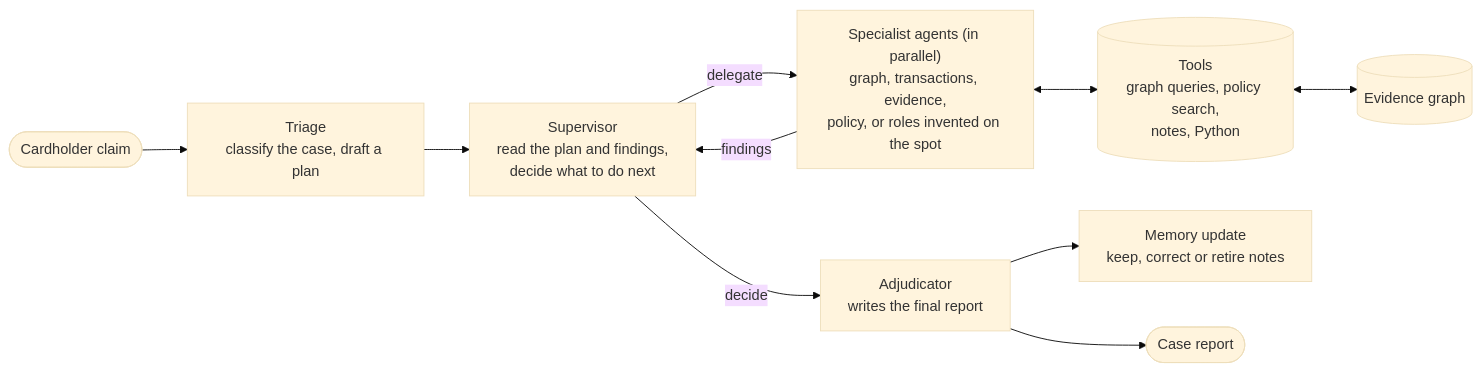
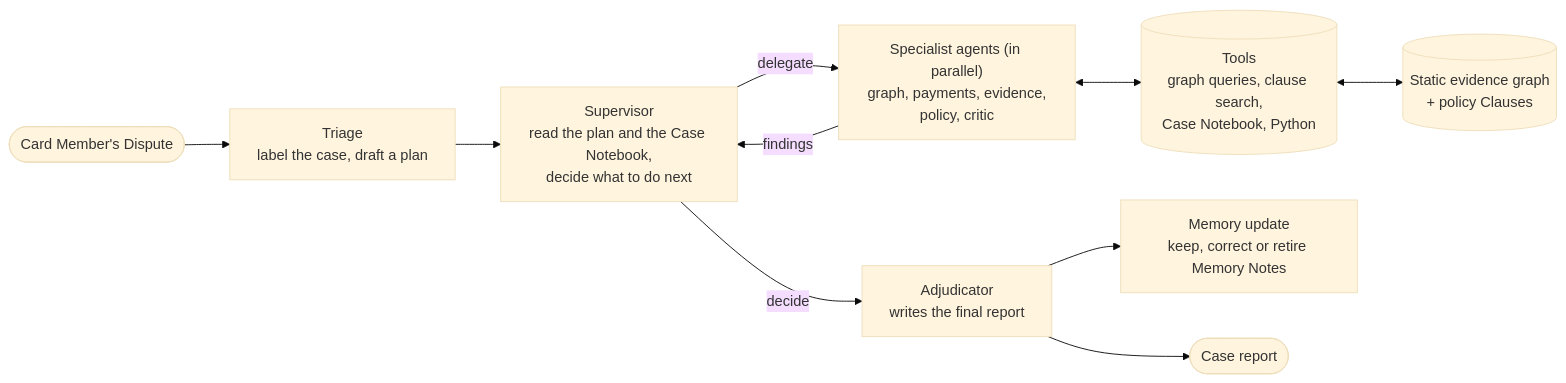
One commit to ChanCheeKean/CatcherAI changed the diagram in README.md. Above: the diagram before and after it, drawn with Mermaid (base theme). The commit also changed other lines of this file and 36 other files, not shown here.

````diff
--- a/README.md
+++ b/README.md
@@ -53,12 +67,12 @@
 ```mermaid
 flowchart LR
-    Case([Cardholder claim]) --> Triage
-    Triage["Triage<br/>classify the case, draft a plan"] --> Supervisor
-    Supervisor["Supervisor<br/>read the plan and findings,<br/>decide what to do next"] -- delegate --> Workers
-    Workers["Specialist agents (in parallel)<br/>graph, transactions, evidence,<br/>policy, or roles invented on the spot"] -- findings --> Supervisor
-    Workers <--> Tools[("Tools<br/>graph queries, policy search,<br/>notes, Python")]
-    Tools <--> Graph[("Evidence graph")]
+    Case([Card Member's Dispute]) --> Triage
+    Triage["Triage<br/>label the case, draft a plan"] --> Supervisor
+    Supervisor["Supervisor<br/>read the plan and the Case Notebook,<br/>decide what to do next"] -- delegate --> Workers
+    Workers["Specialist agents (in parallel)<br/>graph, payments, evidence,<br/>policy, critic"] -- findings --> Supervisor
+    Workers <--> Tools[("Tools<br/>graph queries, clause search,<br/>Case Notebook, Python")]
+    Tools <--> Graph[("Static evidence graph<br/>+ policy Clauses")]
     Supervisor -- decide --> Adjudicator["Adjudicator<br/>writes the final report"]
-    Adjudicator --> Memory["Memory update<br/>keep, correct or retire notes"]
+    Adjudicator --> Memory["Memory update<br/>keep, correct or retire Memory Notes"]
     Adjudicator --> Report([Case report])
 ```
````
